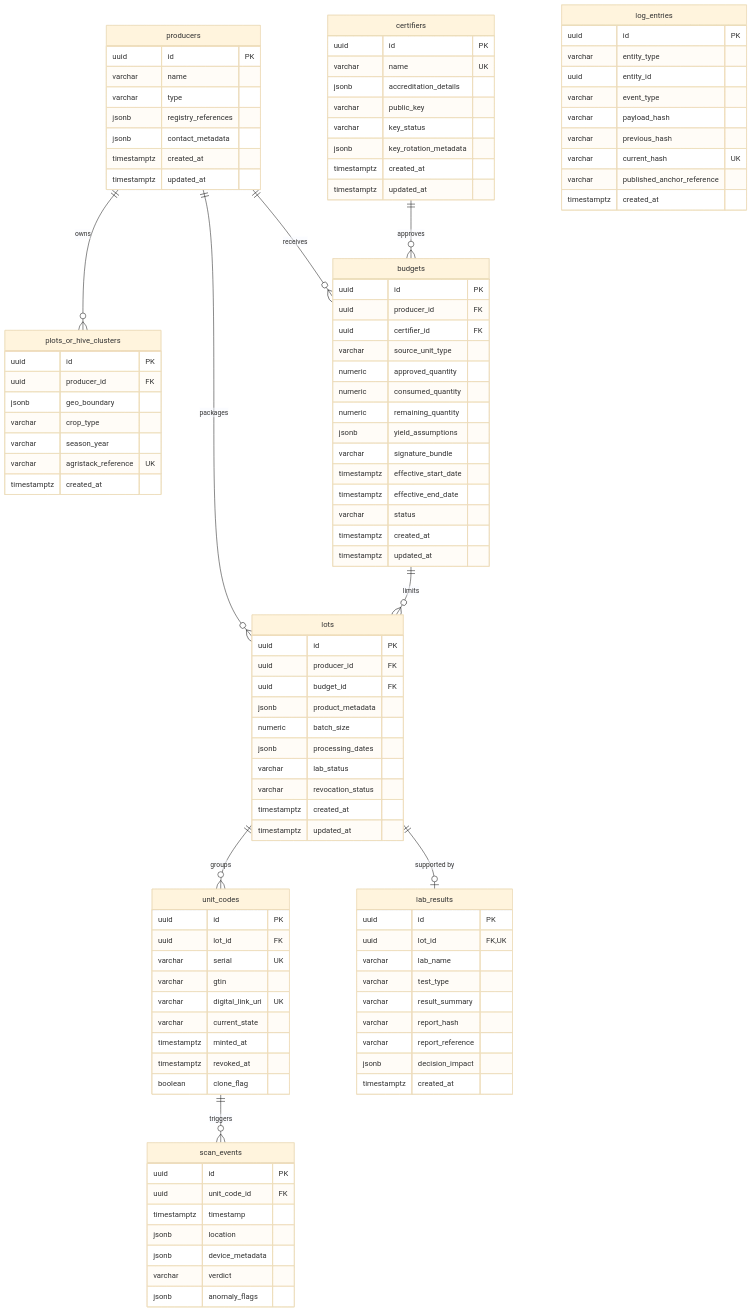
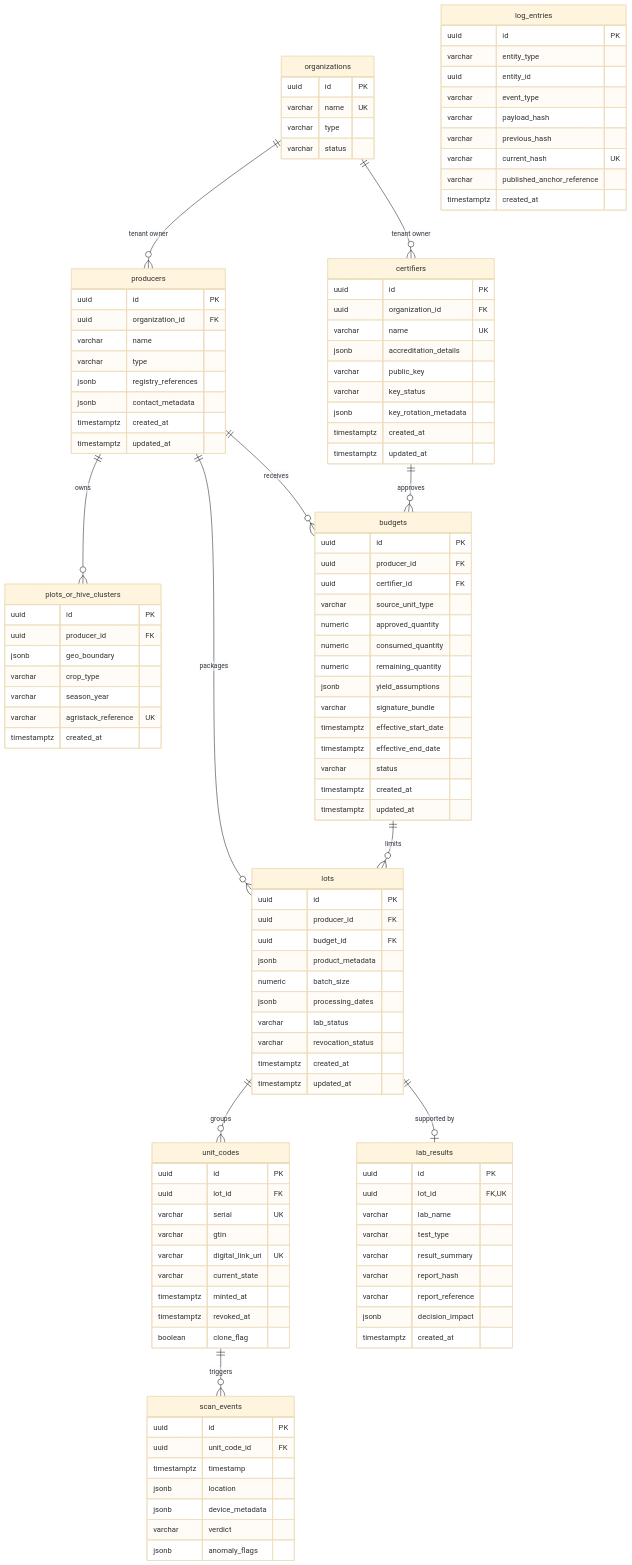
One commit to Nandu1729/CapMint changed the diagram in database/erd/erd.md. Above: the diagram before and after it, drawn with Mermaid (base theme). The commit also changed other lines of this file and 5 other files, not shown here.

````diff
--- a/database/erd/erd.md
+++ b/database/erd/erd.md
@@ -13,7 +13,14 @@
 ```mermaid
 erDiagram
+    organizations {
+        uuid id PK
+        varchar name UK
+        varchar type
+        varchar status
+    }
     certifiers {
         uuid id PK
+        uuid organization_id FK
         varchar name UK
         jsonb accreditation_details
         varchar public_key
@@ -24,6 +31,7 @@
     }
     producers {
         uuid id PK
+        uuid organization_id FK
         varchar name
         varchar type
         jsonb registry_references
@@ -111,6 +119,8 @@
         timestamptz created_at
     }
 
+    organizations ||--o{ producers : "tenant owner"
+    organizations ||--o{ certifiers : "tenant owner"
     producers ||--o{ plots_or_hive_clusters : "owns"
     certifiers ||--o{ budgets : "approves"
     producers ||--o{ budgets : "receives"
````
